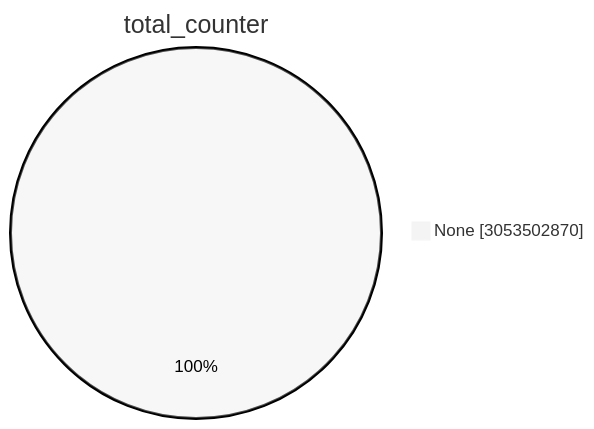
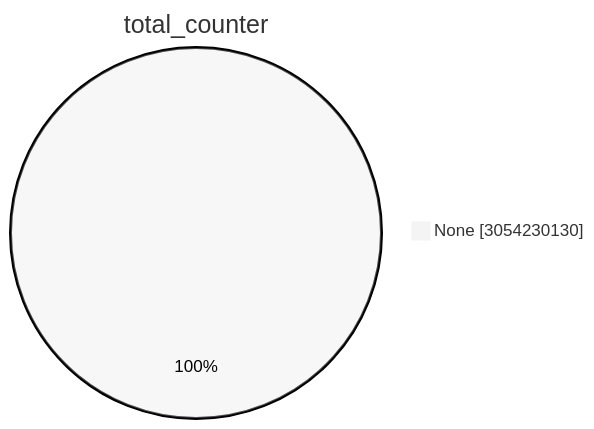
Before and after one commit to christiankrug/ctmonitor_visualization: the first of 15 diagrams in TOTAL/README.md, drawn with Mermaid (neutral theme). The commit also changed other lines of this file, not shown here.

````diff
--- a/TOTAL/README.md
+++ b/TOTAL/README.md
@@ -1,5 +1,5 @@
 ```mermaid
 pie showData
 title total_counter
-"None" :3053502870
+"None" :3054230130
 ```
````
